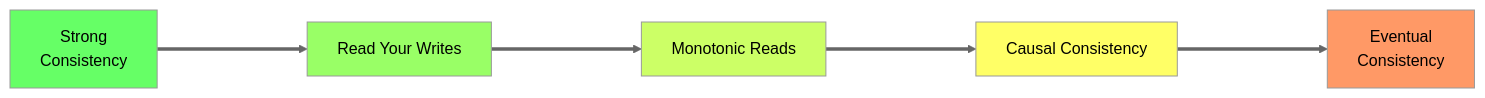
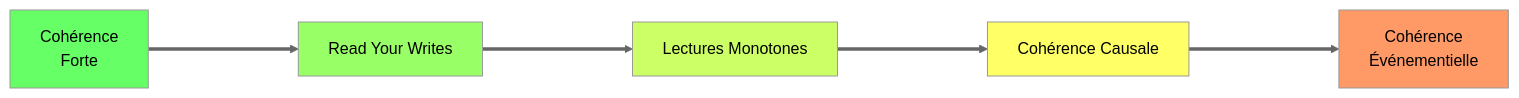
Before and after one commit to dardourimohamed/distributed-systems-course: the second of 7 diagrams in src/data-store/07-consistency.md, drawn with Mermaid (neutral theme). The commit also changed other lines of this file and 38 other files, not shown here.

````diff
--- a/src/data-store/07-consistency.md
+++ b/src/data-store/07-consistency.md
@@ -43,16 +43,16 @@
 ```mermaid
 graph LR
-    A[Strong<br/>Consistency]
+    A[Cohérence<br/>Forte]
     B[Read Your Writes]
-    C[Monotonic Reads]
-    D[Causal Consistency]
-    E[Eventual<br/>Consistency]
+    C[Lectures Monotones]
+    D[Cohérence Causale]
+    E[Cohérence<br/>Événementielle]
 
     A ====> B ====> C ====> D ====> E
 
     style A fill:#6f6
     style B fill:#9f6
     style C fill:#cf6
     style D fill:#ff6
     style E fill:#f96
 ```
````
